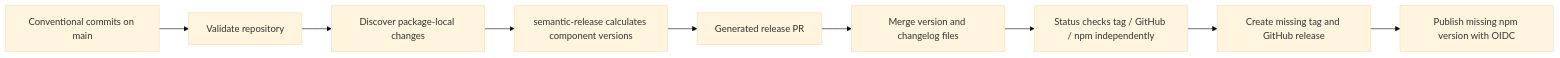
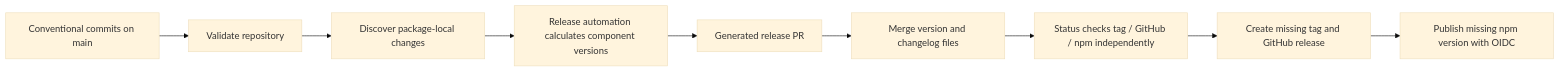
One commit to zeldrisho/pi-packages changed the third of 3 diagrams in docs/architecture.md. Above: the diagram before and after it, drawn with Mermaid (base theme). The commit also changed other lines of this file and 25 other files, not shown here.

First line of the commit message:
chore(release): replace semantic-release with Keep a Changelog 2.0.0 tooling

````diff
--- a/docs/architecture.md
+++ b/docs/architecture.md
@@ -80,11 +80,11 @@
 ```mermaid
 flowchart LR
   A[Conventional commits on main] --> B[Validate repository]
   B --> C[Discover package-local changes]
-  C --> D[semantic-release calculates component versions]
+  C --> D[Release automation calculates component versions]
   D --> E[Generated release PR]
   E --> F[Merge version and changelog files]
   F --> G[Status checks tag / GitHub / npm independently]
   G --> H[Create missing tag and GitHub release]
   H --> I[Publish missing npm version with OIDC]
 ```
````
